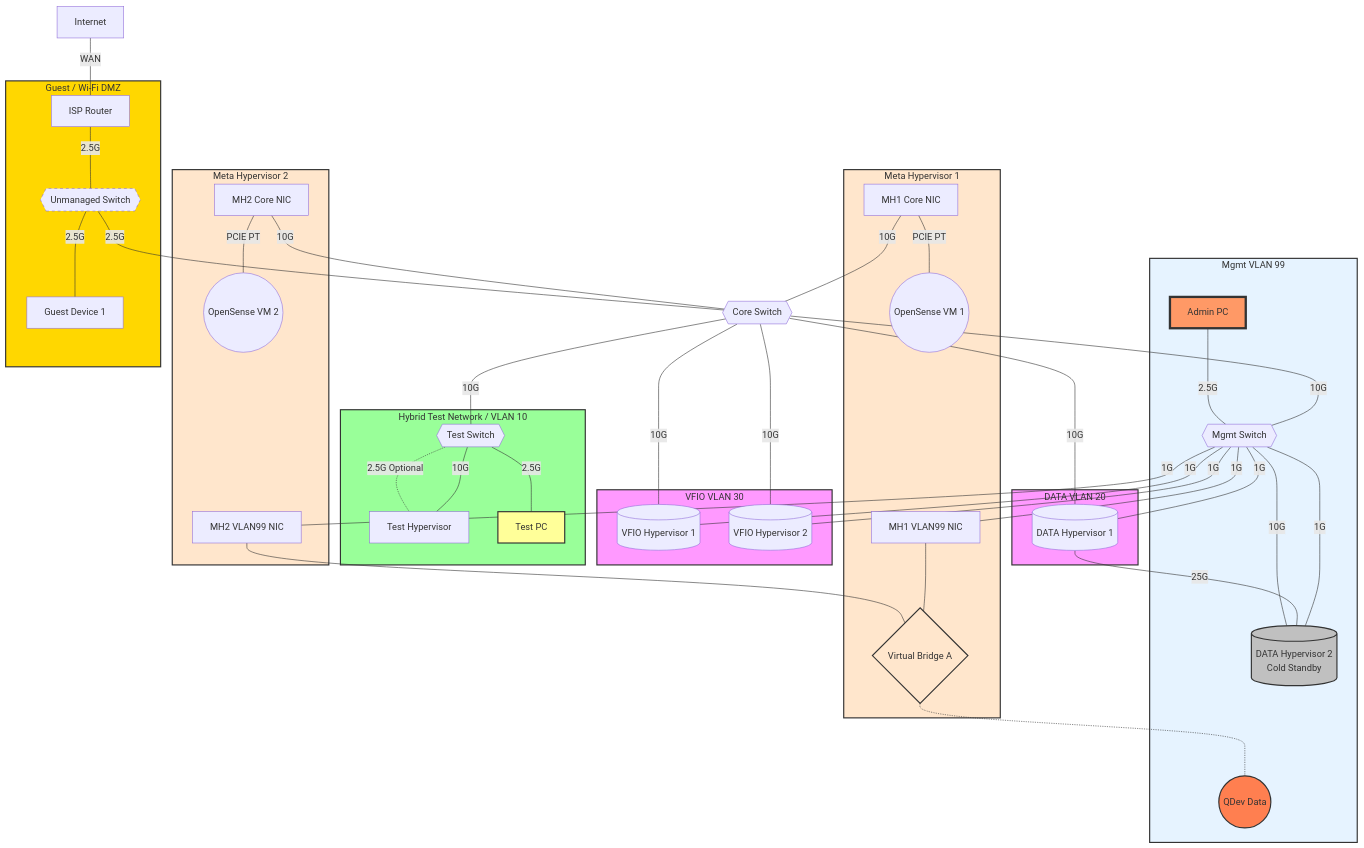
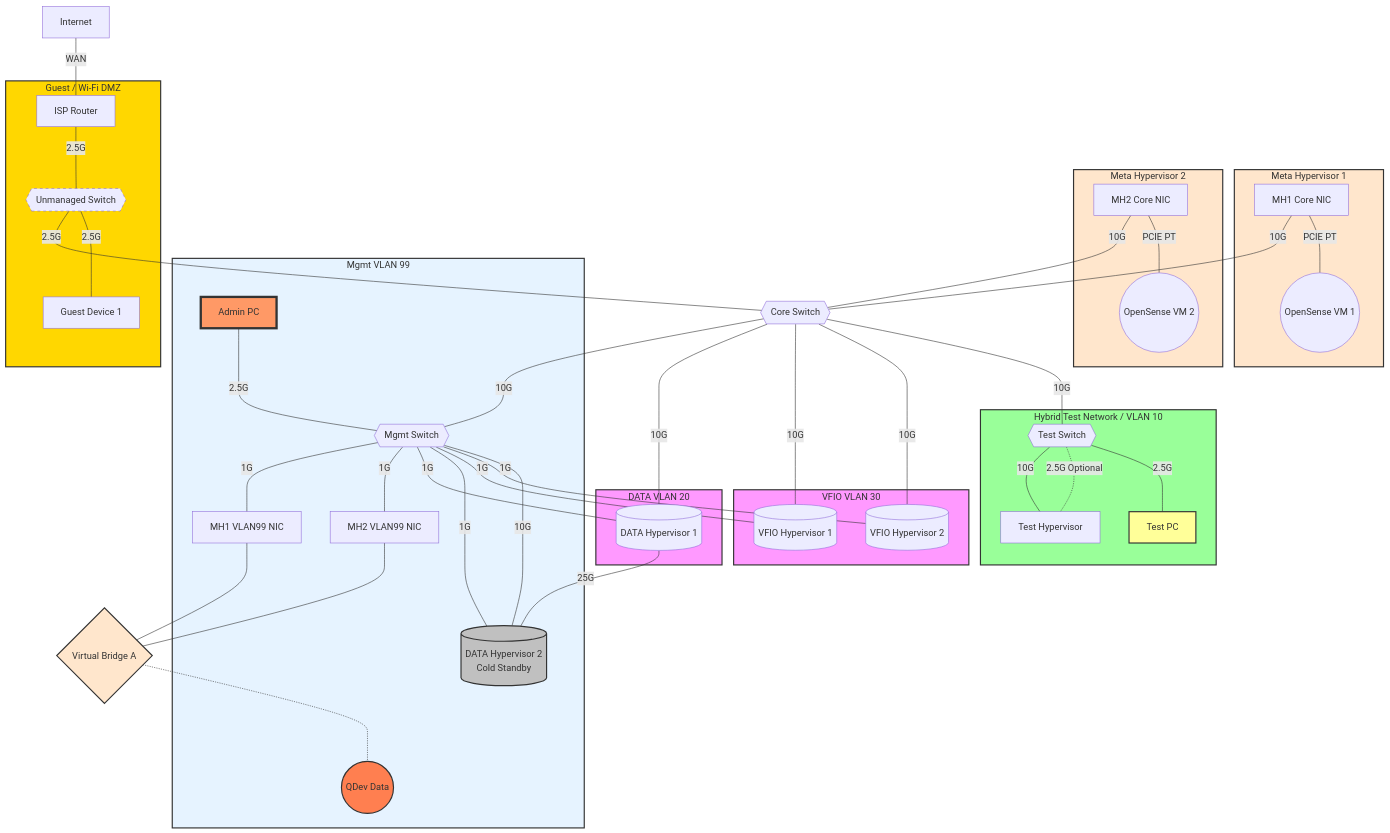
Before and after one commit to woeiru/lab: the diagram in alp/netop8.md, drawn with Mermaid.

Commit message:
standard

```diff
--- a/alp/netop8.md
+++ b/alp/netop8.md
@@ -26,26 +26,32 @@
     TS -.-|"2.5G Optional"| TH
     TS ---|"2.5G"| TM[Test PC]
     VBA{Virtual Bridge A} -..- QDD((QDev Data))
+
     subgraph MH1[Meta Hypervisor 1]
         MH1NIC2 ---|"PCIE PT"| OPN1((OpenSense VM 1))
+    end
         MH1NIC3 --- VBA
-    end
+
     subgraph MH2[Meta Hypervisor 2]
         MH2NIC2 ---|"PCIE PT"| OPN2((OpenSense VM 2))
+    end
         MH2NIC3 --- VBA
-    end
+
     subgraph VLAN20 [DATA VLAN 20]
         DH1
     end
+
     subgraph VLAN30 [VFIO VLAN 30]
         VH1
         VH2
     end
+
     subgraph VLAN10 [Hybrid Test Network / VLAN 10]
         TS
         TH
         TM
     end
+
     subgraph VLAN99 [Mgmt VLAN 99]
         MS
         AP
@@ -54,6 +60,7 @@
         DH2
         QDD
     end
+
     subgraph Guest [Guest / Wi-Fi DMZ]
         US
         GD
```
